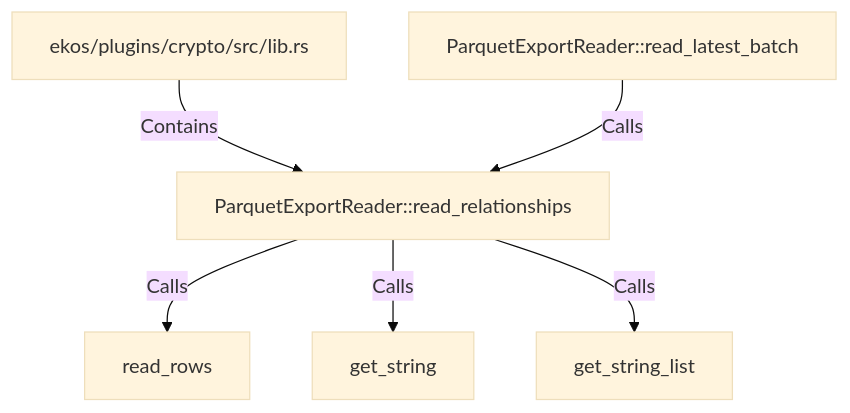
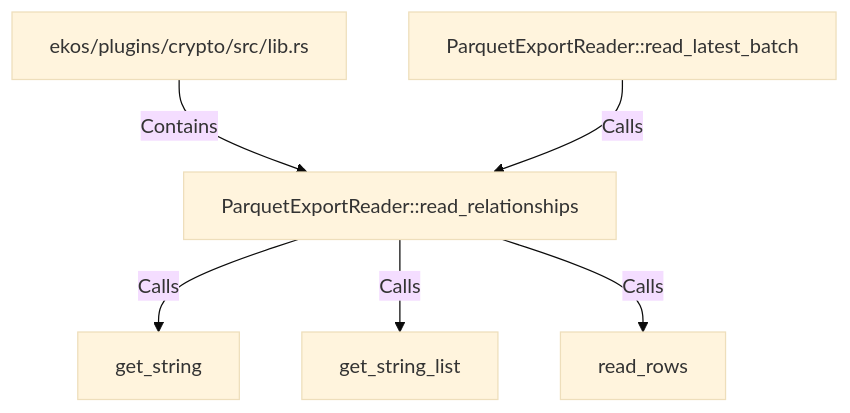
The diagram in doc/entities/rustsymbol/pa/parquetexportreader-read-relationships.md (alexeyban/EKOS), drawn with Mermaid (base theme) before and after one commit. The commit also changed other lines of this file and 552 other files, not shown here.

````diff
--- a/doc/entities/rustsymbol/pa/parquetexportreader-read-relationships.md
+++ b/doc/entities/rustsymbol/pa/parquetexportreader-read-relationships.md
@@ -24,14 +24,14 @@
 ```mermaid
 graph TD
     nc79b4df578e25990a6272851c1a75901["ParquetExportReader::read_relationships"]
     n83728c61df4d5ad681c75bf50ff761fb["ekos/plugins/crypto/src/lib.rs"]
     n83728c61df4d5ad681c75bf50ff761fb -->|Contains| nc79b4df578e25990a6272851c1a75901
-    n2bca7d5fe4555aeab4d1308424636e35["read_rows"]
-    nc79b4df578e25990a6272851c1a75901 -->|Calls| n2bca7d5fe4555aeab4d1308424636e35
     nf54fbe87d44857108990eee46048c1d4["get_string"]
     nc79b4df578e25990a6272851c1a75901 -->|Calls| nf54fbe87d44857108990eee46048c1d4
     n0e16c45a8f3d5203b28e9c2b4e5ca6f2["get_string_list"]
     nc79b4df578e25990a6272851c1a75901 -->|Calls| n0e16c45a8f3d5203b28e9c2b4e5ca6f2
+    n2bca7d5fe4555aeab4d1308424636e35["read_rows"]
+    nc79b4df578e25990a6272851c1a75901 -->|Calls| n2bca7d5fe4555aeab4d1308424636e35
     n573d78a3871e5467b795efe45e871700["ParquetExportReader::read_latest_batch"]
     n573d78a3871e5467b795efe45e871700 -->|Calls| nc79b4df578e25990a6272851c1a75901
 ```
````
